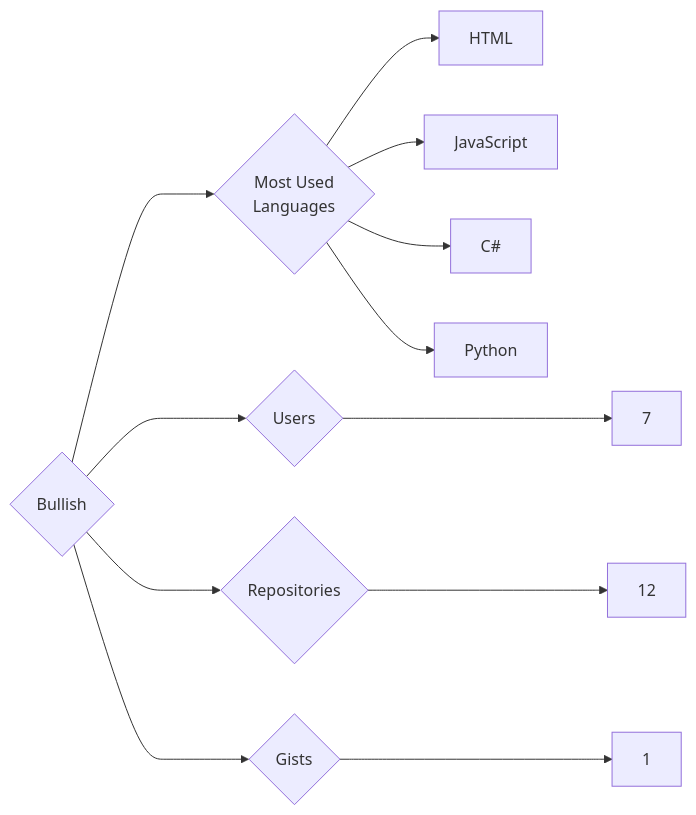
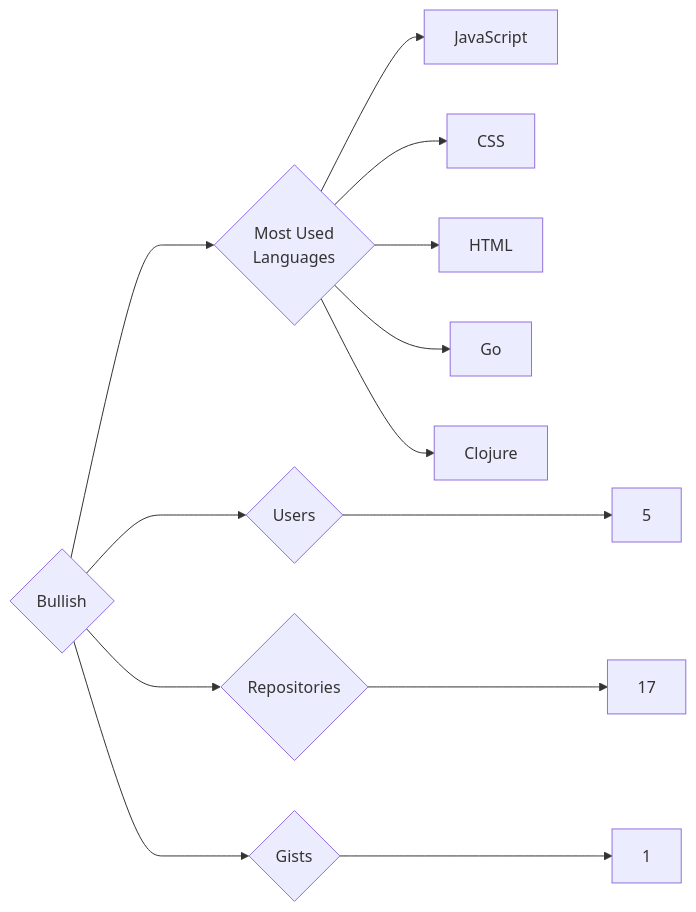
Before and after one commit to trickest/insiders: the diagram in targets/Bullish/README.md, drawn with Mermaid. The commit also changed 736 other files, not shown here.

````diff
--- a/targets/Bullish/README.md
+++ b/targets/Bullish/README.md
@@ -3,12 +3,13 @@
 ```mermaid
 graph LR
 COMPANY_NAME{Bullish}
-COMPANY_NAME ---> U{Users} ---> UN[7]
-COMPANY_NAME ---> R{Repositories} ---> RN[12]
+COMPANY_NAME ---> U{Users} ---> UN[5]
+COMPANY_NAME ---> R{Repositories} ---> RN[17]
 COMPANY_NAME ---> G{Gists} ---> GN[1]
 COMPANY_NAME ---> ML{Most Used<br>Languages}
+ML --> JavaScript[JavaScript]
+ML --> CSS[CSS]
 ML --> HTML[HTML]
-ML --> JavaScript[JavaScript]
-ML --> C#[C#]
-ML --> Python[Python]
+ML --> Go[Go]
+ML --> Clojure[Clojure]
 ```
````
